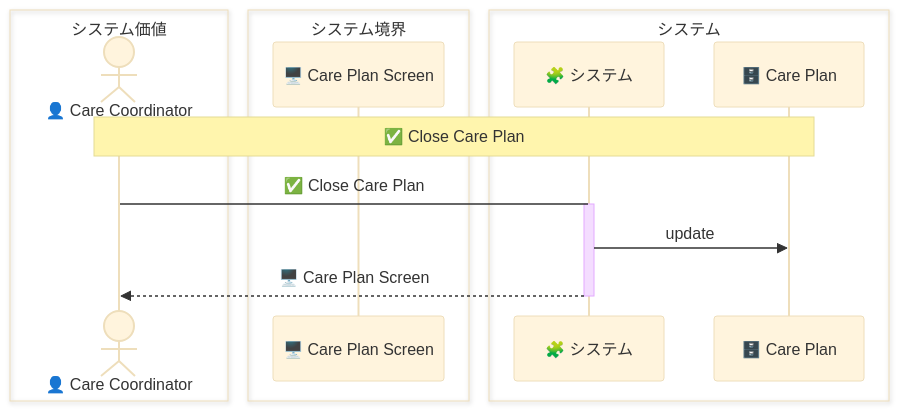
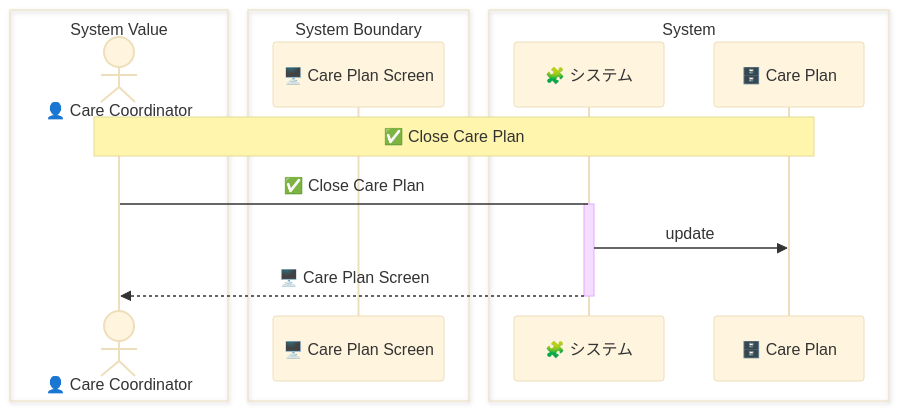
Before and after one commit to manji-0/rdra-ish-dsl: the diagram in samples/clinic-ops/out/uc/sequence_close_care_plan.mmd, drawn with Mermaid (base theme). The commit also changed 122 other files, not shown here.

Commit message:
feat: align diagram layers

```diff
--- a/samples/clinic-ops/out/uc/sequence_close_care_plan.mmd
+++ b/samples/clinic-ops/out/uc/sequence_close_care_plan.mmd
@@ -1,18 +1,18 @@
 sequenceDiagram
-  box システム価値
+  box System Value
     actor CareCoordinator as 👤 Care Coordinator
   end
-  box システム境界
+  box System Boundary
     participant CarePlanScreen as 🖥️ Care Plan Screen
   end
-  box システム
+  box System
     participant System as 🧩 システム
     participant CarePlan as 🗄️ Care Plan
   end
 
   Note over CareCoordinator,CarePlan: ✅ Close Care Plan
   CareCoordinator->System: ✅ Close Care Plan
   activate System
   System->>CarePlan: update
   System-->>CareCoordinator: 🖥️ Care Plan Screen
   deactivate System
```
